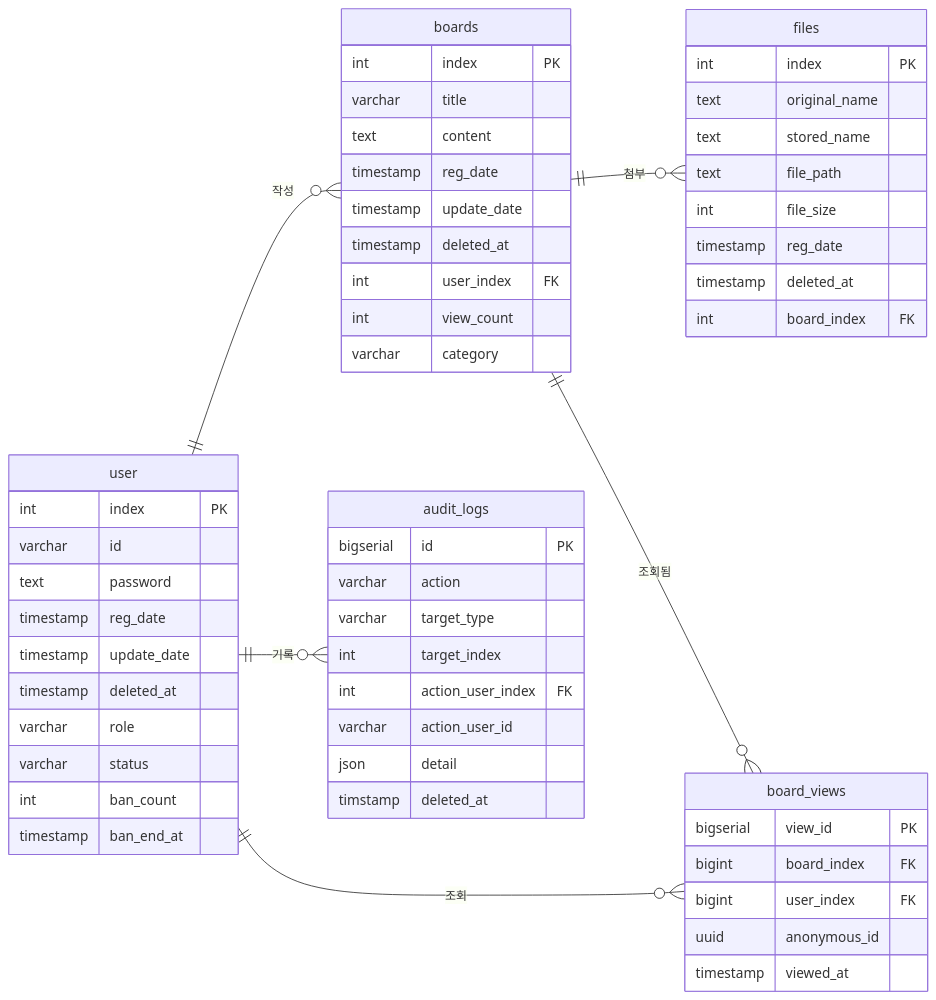
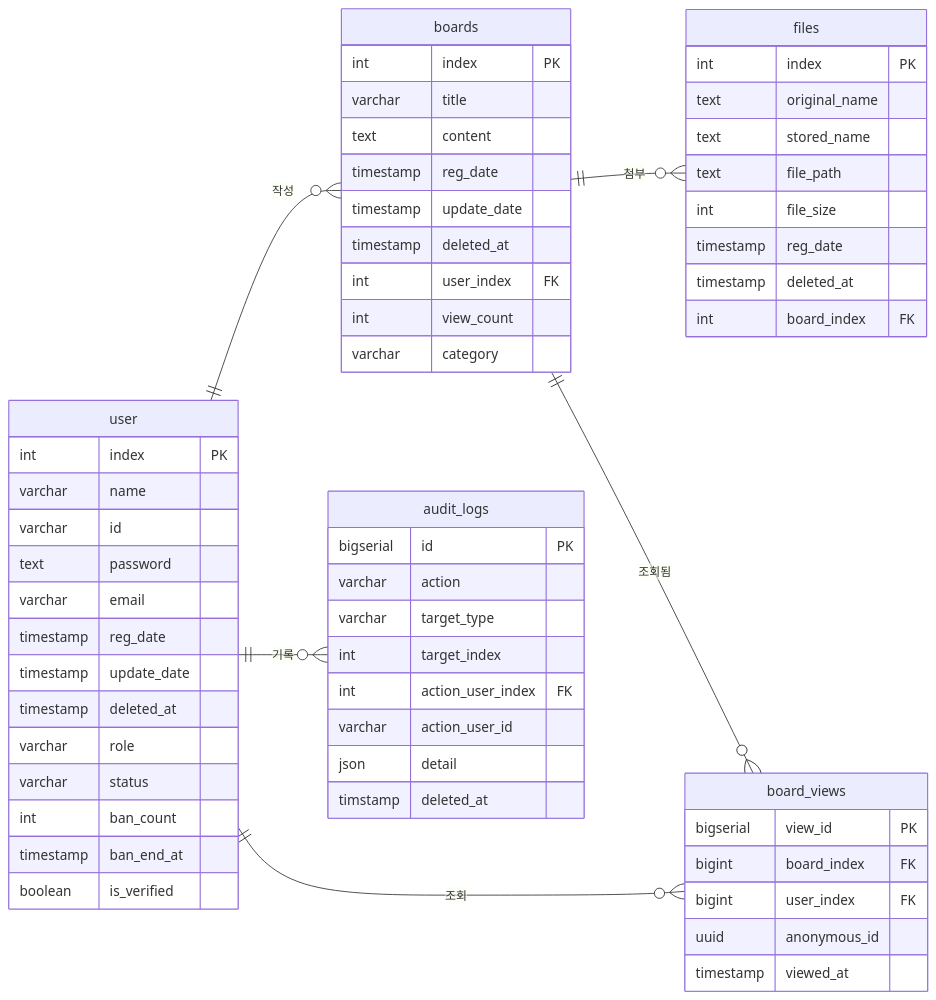
One commit to Tae-Geon-Kim/FastAPI-Community-Backend changed the diagram in docs/db_table.md. Above: the diagram before and after it, drawn with Mermaid. The commit also changed 18 other files, not shown here.

````diff
--- a/docs/db_table.md
+++ b/docs/db_table.md
@@ -1,64 +1,67 @@
 ```mermaid
 erDiagram
 	direction LR
 	user {
 		int index PK ""  
+		varchar name ""
 		varchar id  ""  
 		text password  ""  
+		varchar email ""  
 		timestamp reg_date  ""  
 		timestamp update_date  ""  
 		timestamp deleted_at  ""  
 		varchar role  ""  
 		varchar status  ""  
 		int ban_count  ""  
 		timestamp ban_end_at  ""  
+		boolean is_verified ""
 	}
 
 	boards {
 		int index PK ""  
 		varchar title  ""  
 		text content  ""  
 		timestamp reg_date  ""  
 		timestamp update_date  ""  
 		timestamp deleted_at  ""  
 		int user_index FK ""  
 		int view_count  ""  
 		varchar category  ""  
 	}
 
 	files {
 		int index PK ""  
 		text original_name  ""  
 		text stored_name  ""  
 		text file_path  ""  
 		int file_size  ""  
 		timestamp reg_date  ""  
 		timestamp deleted_at  ""  
 		int board_index FK ""  
 	}
 
 	audit_logs {
 		bigserial id PK ""  
 		varchar action  ""  
 		varchar target_type  ""  
 		int target_index  ""  
 		int action_user_index FK ""  
 		varchar action_user_id  ""  
 		json detail  ""  
 		timstamp deleted_at  ""  
 	}
 
 	user ||--o{ boards : "작성"
     user ||--o{ audit_logs : "기록"
     user ||--o{ board_views : "조회"
     boards ||--o{ files : "첨부"
     boards ||--o{ board_views : "조회됨"
 
     board_views {
         bigserial view_id PK
         bigint board_index FK
         bigint user_index FK
         uuid anonymous_id
 		timestamp viewed_at
     }
 ```
````
